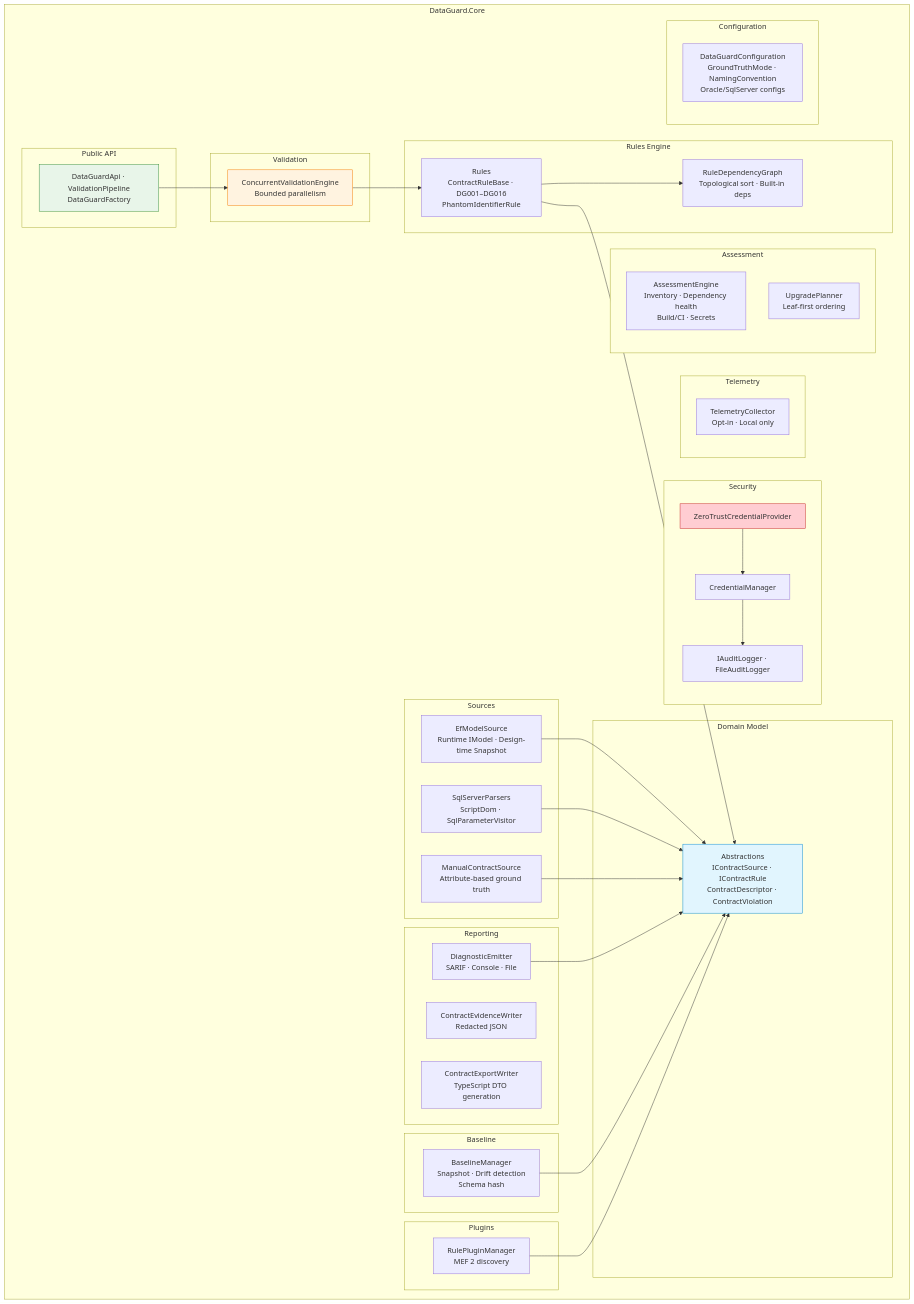
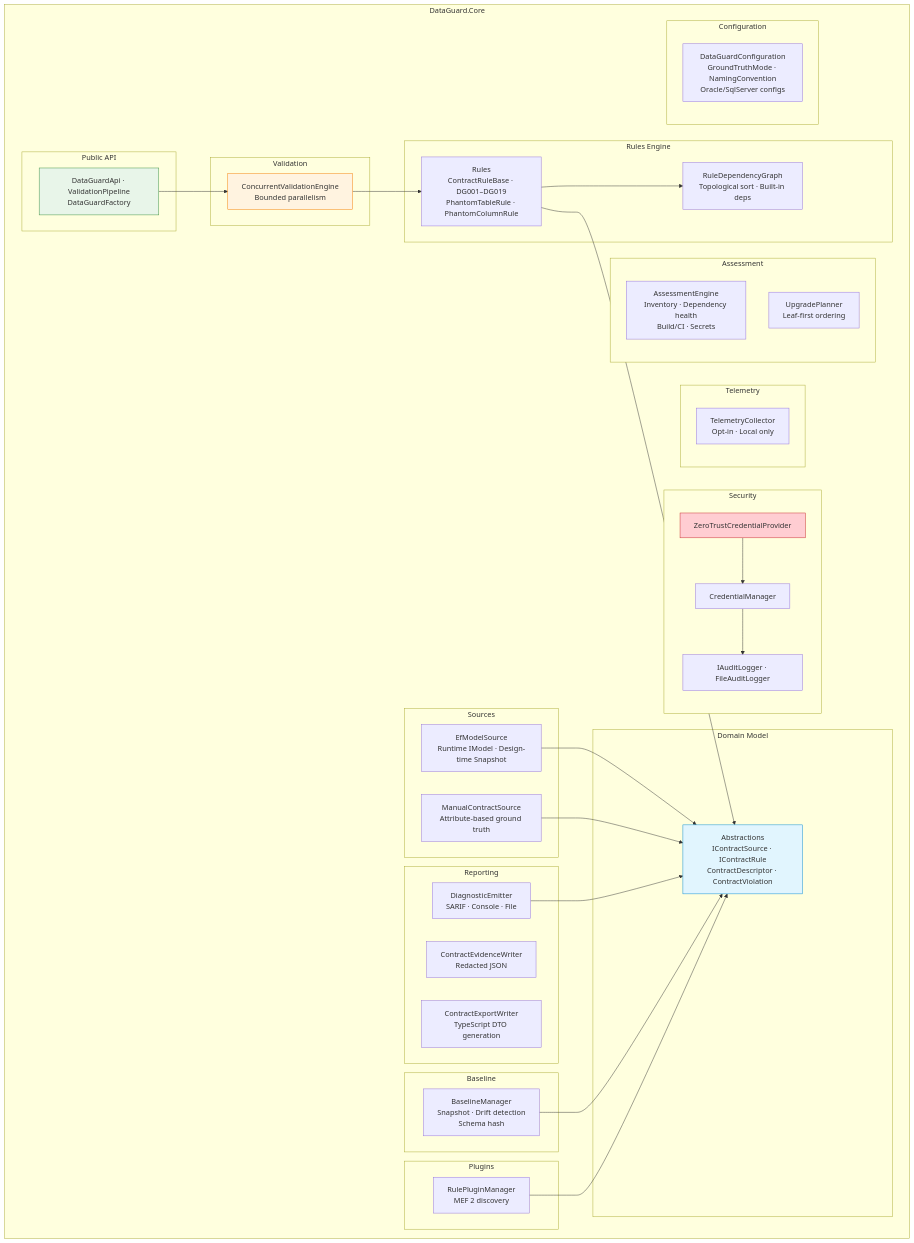
The sixth of 6 diagrams in docs/02-architecture/system-architecture.md (thanhnt-sm/eco_support_net_oracle), drawn with Mermaid before and after one commit. The commit also changed other lines of this file and 408 other files, not shown here.

````diff
--- a/docs/02-architecture/system-architecture.md
+++ b/docs/02-architecture/system-architecture.md
@@ -309,76 +309,75 @@
 ```mermaid
 graph TB
     subgraph "DataGuard.Core"
         subgraph "Domain Model"
             ABS["Abstractions<br/>IContractSource · IContractRule<br/>ContractDescriptor · ContractViolation"]
         end
 
         subgraph "Rules Engine"
-            RULES["Rules<br/>ContractRuleBase · DG001–DG016<br/>PhantomIdentifierRule"]
+            RULES["Rules<br/>ContractRuleBase · DG001–DG019<br/>PhantomTableRule · PhantomColumnRule"]
             RDG["RuleDependencyGraph<br/>Topological sort · Built-in deps"]
         end
 
         subgraph "Sources"
             EF["EfModelSource<br/>Runtime IModel · Design-time Snapshot"]
-            SP["SqlServerParsers<br/>ScriptDom · SqlParameterVisitor"]
             MANUAL["ManualContractSource<br/>Attribute-based ground truth"]
         end
 
         subgraph "Security"
             ZTP["ZeroTrustCredentialProvider"]
             CM["CredentialManager"]
             AUDIT["IAuditLogger · FileAuditLogger"]
         end
 
         subgraph "Baseline"
             BM["BaselineManager<br/>Snapshot · Drift detection<br/>Schema hash"]
         end
 
         subgraph "Reporting"
             DE["DiagnosticEmitter<br/>SARIF · Console · File"]
             CE["ContractEvidenceWriter<br/>Redacted JSON"]
             CX["ContractExportWriter<br/>TypeScript DTO generation"]
         end
 
         subgraph "Validation"
             CVE["ConcurrentValidationEngine<br/>Bounded parallelism"]
         end
 
         subgraph "Plugins"
             RPM["RulePluginManager<br/>MEF 2 discovery"]
         end
 
         subgraph "Telemetry"
             TC["TelemetryCollector<br/>Opt-in · Local only"]
         end
 
         subgraph "Assessment"
             AE["AssessmentEngine<br/>Inventory · Dependency health<br/>Build/CI · Secrets"]
             UP["UpgradePlanner<br/>Leaf-first ordering"]
         end
 
         subgraph "Public API"
             API["DataGuardApi · ValidationPipeline<br/>DataGuardFactory"]
         end
 
         subgraph "Configuration"
             CFG["DataGuardConfiguration<br/>GroundTruthMode · NamingConvention<br/>Oracle/SqlServer configs"]
         end
     end
 
     API --> CVE
     CVE --> RULES
     RULES --> ABS
-    EF & SP & MANUAL --> ABS
+    EF & MANUAL --> ABS
     RULES --> RDG
     DE --> ABS
     BM --> ABS
     ZTP --> CM
     CM --> AUDIT
     RPM --> ABS
 
     style ABS fill:#e1f5fe,stroke:#0288d1
     style API fill:#e8f5e9,stroke:#388e3c
     style CVE fill:#fff3e0,stroke:#f57c00
     style ZTP fill:#ffcdd2,stroke:#c62828
 ```
````
